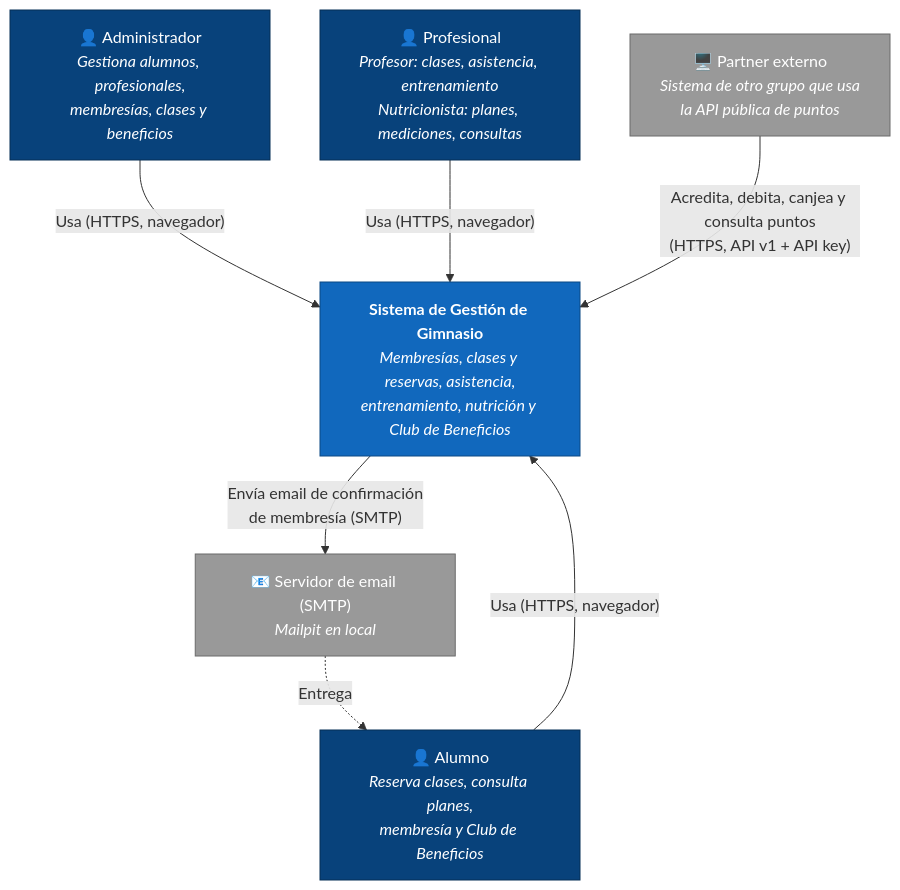
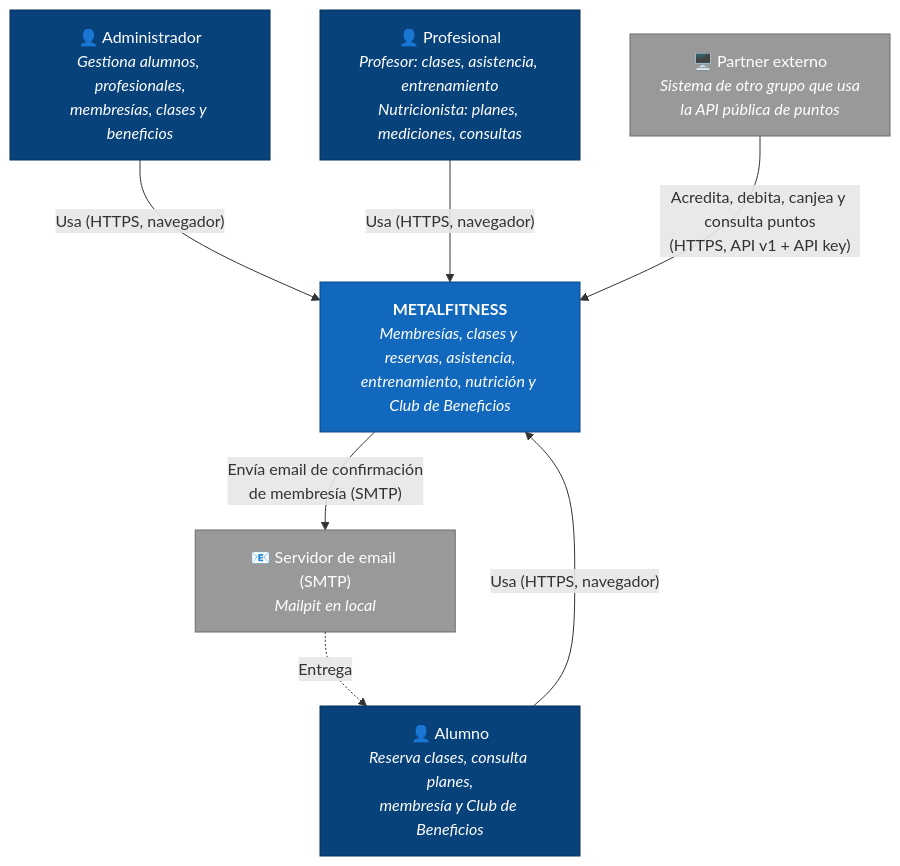
The first of 2 diagrams in docs/ARCHITECTURE.md (GuadiViti/Arquitectura-de-Software), drawn with Mermaid before and after one commit. The commit also changed other lines of this file and 2 other files, not shown here.

````diff
--- a/docs/ARCHITECTURE.md
+++ b/docs/ARCHITECTURE.md
@@ -62,25 +62,25 @@
 ```mermaid
 flowchart TB
     admin["👤 Administrador<br/><i>Gestiona alumnos, profesionales,<br/>membresías, clases y beneficios</i>"]
     prof["👤 Profesional<br/><i>Profesor: clases, asistencia, entrenamiento<br/>Nutricionista: planes, mediciones, consultas</i>"]
     alumno["👤 Alumno<br/><i>Reserva clases, consulta planes,<br/>membresía y Club de Beneficios</i>"]
     partner["🖥️ Partner externo<br/><i>Sistema de otro grupo que usa<br/>la API pública de puntos</i>"]
 
-    gym["<b>Sistema de Gestión de Gimnasio</b><br/><i>Membresías, clases y reservas, asistencia,<br/>entrenamiento, nutrición y Club de Beneficios</i>"]
+    gym["<b>METALFITNESS</b><br/><i>Membresías, clases y reservas, asistencia,<br/>entrenamiento, nutrición y Club de Beneficios</i>"]
 
     smtp["📧 Servidor de email (SMTP)<br/><i>Mailpit en local</i>"]
 
     admin -- "Usa (HTTPS, navegador)" --> gym
     prof -- "Usa (HTTPS, navegador)" --> gym
     alumno -- "Usa (HTTPS, navegador)" --> gym
     partner -- "Acredita, debita, canjea y consulta puntos<br/>(HTTPS, API v1 + API key)" --> gym
     gym -- "Envía email de confirmación<br/>de membresía (SMTP)" --> smtp
     smtp -. "Entrega" .-> alumno
 
     classDef person fill:#08427b,stroke:#052e56,color:#fff
     classDef system fill:#1168bd,stroke:#0b4884,color:#fff
     classDef external fill:#999,stroke:#6b6b6b,color:#fff
     class admin,prof,alumno person
     class gym system
     class partner,smtp external
 ```
````
